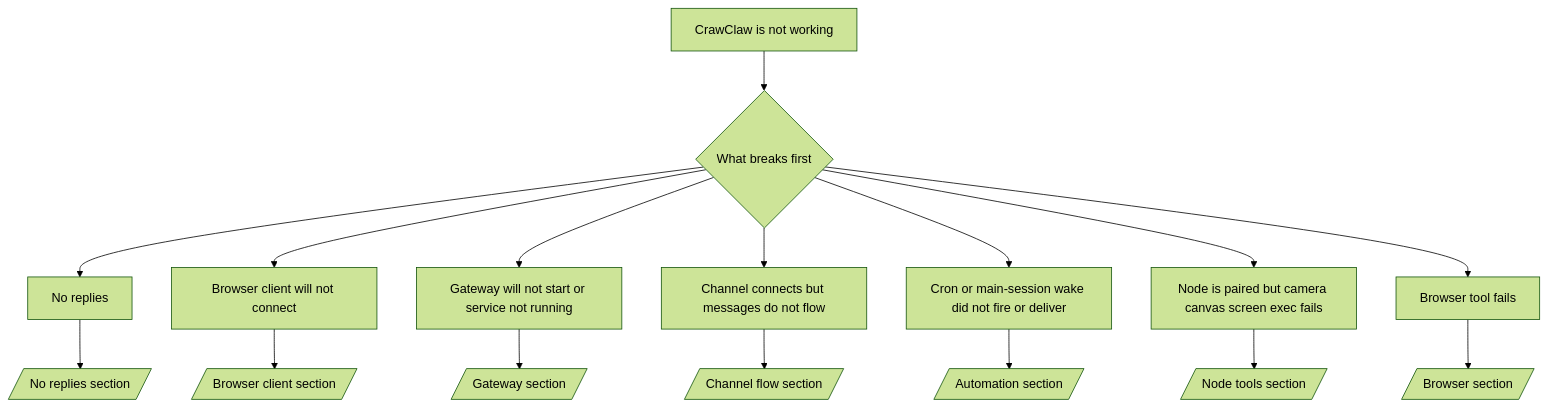
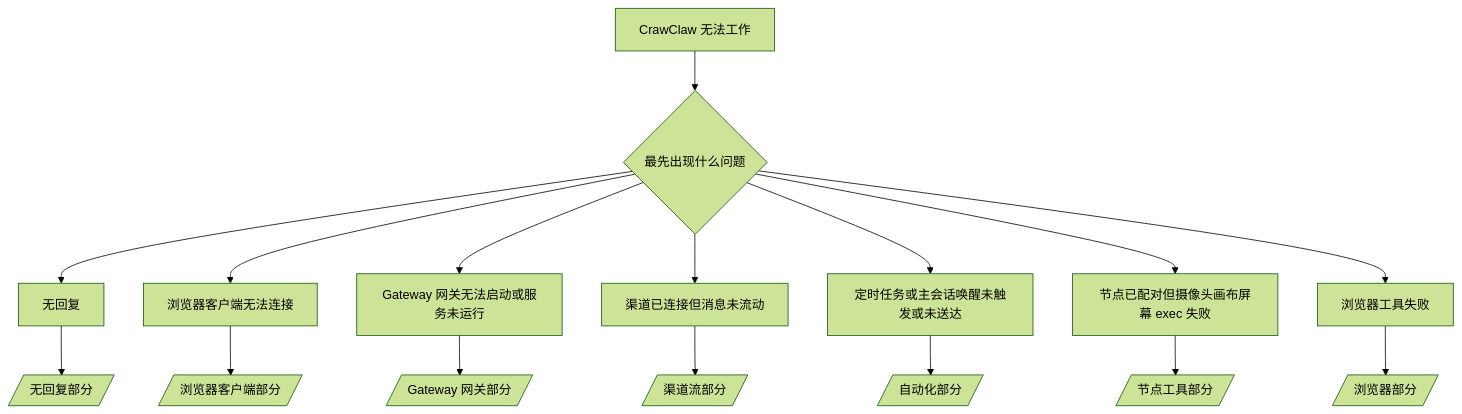
The diagram in docs/zh-CN/help/troubleshooting.md (qianleigood/crawclaw), drawn with Mermaid (forest theme) before and after one commit. The commit also changed other lines of this file and 159 other files, not shown here.

````diff
--- a/docs/zh-CN/help/troubleshooting.md
+++ b/docs/zh-CN/help/troubleshooting.md
@@ -71,19 +71,19 @@
 ```mermaid
 flowchart TD
-  A[CrawClaw is not working] --> B{What breaks first}
-  B --> C[No replies]
-  B --> D[Browser client will not connect]
-  B --> E[Gateway will not start or service not running]
-  B --> F[Channel connects but messages do not flow]
-  B --> G[Cron or main-session wake did not fire or deliver]
-  B --> H[Node is paired but camera canvas screen exec fails]
-  B --> I[Browser tool fails]
+  A[CrawClaw 无法工作] --> B{最先出现什么问题}
+  B --> C[无回复]
+  B --> D[浏览器客户端无法连接]
+  B --> E[Gateway 网关无法启动或服务未运行]
+  B --> F[渠道已连接但消息未流动]
+  B --> G[定时任务或主会话唤醒未触发或未送达]
+  B --> H[节点已配对但摄像头画布屏幕 exec 失败]
+  B --> I[浏览器工具失败]
 
-  C --> C1[/No replies section/]
-  D --> D1[/Browser client section/]
-  E --> E1[/Gateway section/]
-  F --> F1[/Channel flow section/]
-  G --> G1[/Automation section/]
-  H --> H1[/Node tools section/]
-  I --> I1[/Browser section/]
+  C --> C1[/无回复部分/]
+  D --> D1[/浏览器客户端部分/]
+  E --> E1[/Gateway 网关部分/]
+  F --> F1[/渠道流部分/]
+  G --> G1[/自动化部分/]
+  H --> H1[/节点工具部分/]
+  I --> I1[/浏览器部分/]
 ```
````
